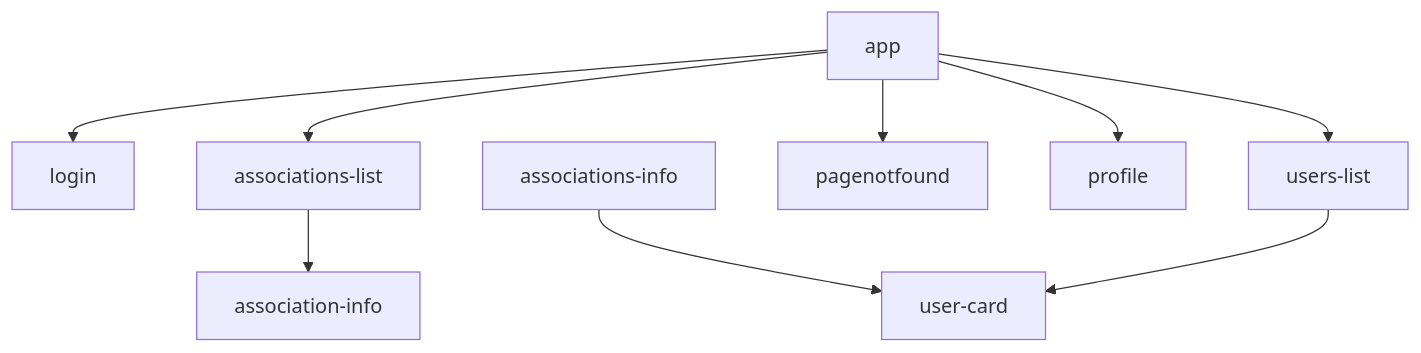
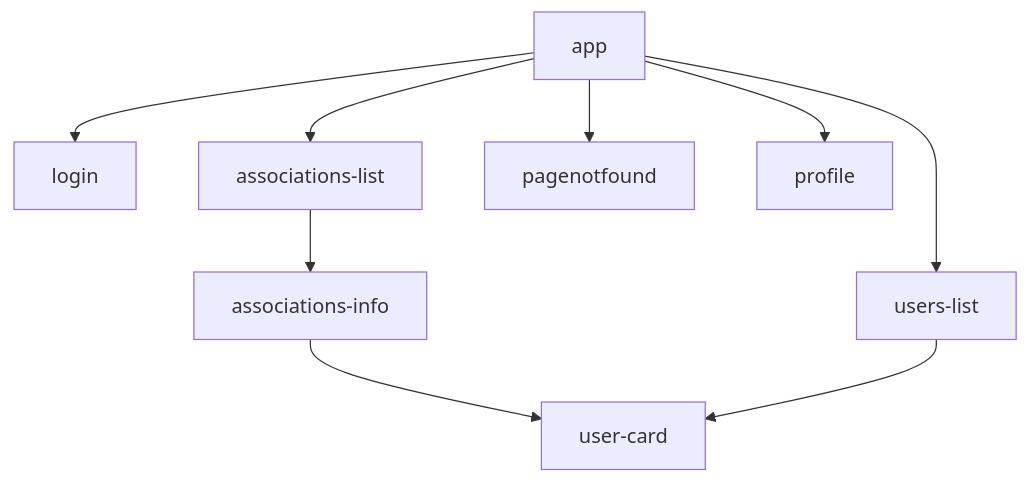
Before and after one commit to CodyAdam/my-admin-panel: the diagram in doc/front-end.md, drawn with Mermaid.

Commit message:
fix: typo missing s

````diff
--- a/doc/front-end.md
+++ b/doc/front-end.md
@@ -2,12 +2,12 @@
 ```mermaid
 flowchart TD
     app --> login
     app --> associations-list
     app --> users-list
     app --> pagenotfound
     app --> profile
     
     associations-info --> user-card
-    associations-list --> association-info
+    associations-list --> associations-info
     users-list --> user-card
 ```
````
